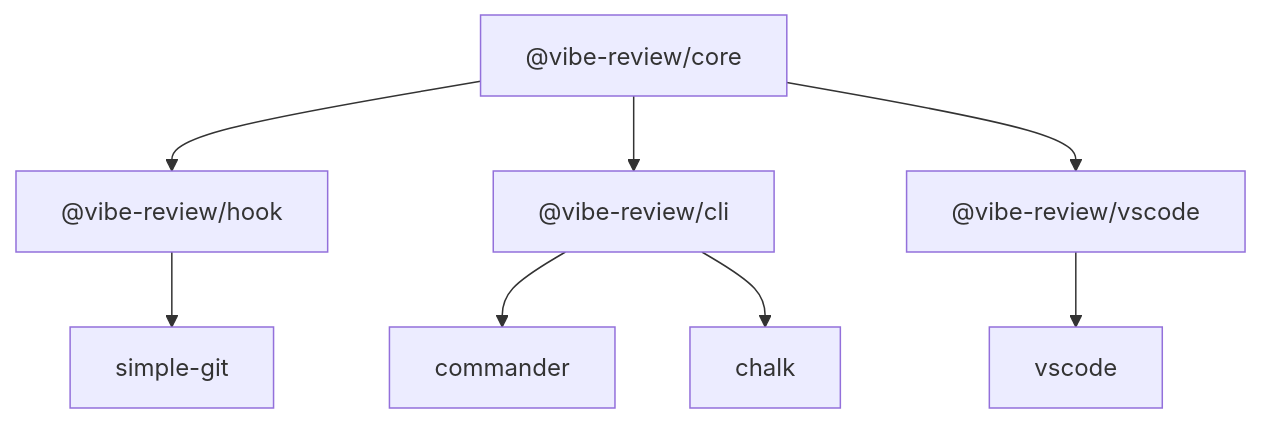
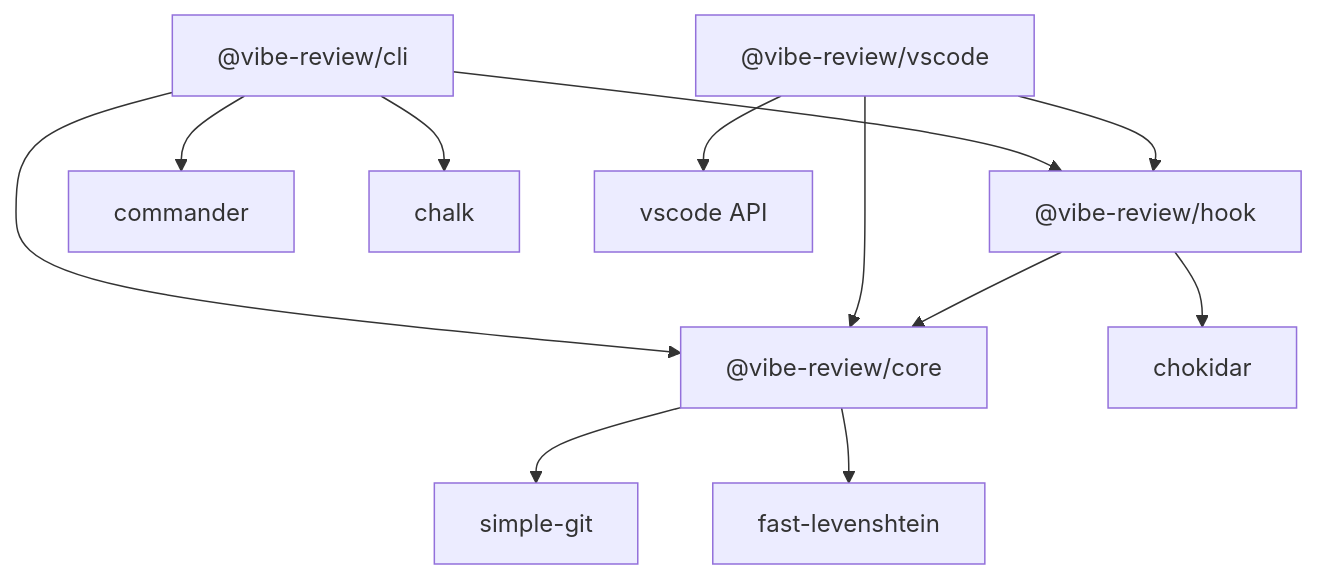
The diagram in docs/v01-mvp/architecture/index.md (alienzhou/agentlens), drawn with Mermaid before and after one commit. The commit also changed 61 other files, not shown here.

````diff
--- a/docs/v01-mvp/architecture/index.md
+++ b/docs/v01-mvp/architecture/index.md
@@ -58,10 +58,22 @@
 ```mermaid
 graph TD
-    A["@vibe-review/core"] --> B["@vibe-review/hook"]
-    A --> D["@vibe-review/cli"]
-    A --> E["@vibe-review/vscode"]
-    B --> G["simple-git"]
-    D --> K["commander"]
-    D --> L["chalk"]
-    E --> M["vscode"]
+    CLI["@vibe-review/cli"]
+    VSCode["@vibe-review/vscode"]
+    Hook["@vibe-review/hook"]
+    Core["@vibe-review/core"]
+    
+    CLI --> Core
+    CLI --> Hook
+    CLI --> Commander["commander"]
+    CLI --> Chalk["chalk"]
+    
+    VSCode --> Core
+    VSCode --> Hook
+    VSCode --> VSCodeAPI["vscode API"]
+    
+    Hook --> Core
+    Hook --> Chokidar["chokidar"]
+    
+    Core --> SimpleGit["simple-git"]
+    Core --> Levenshtein["fast-levenshtein"]
 ```
````
